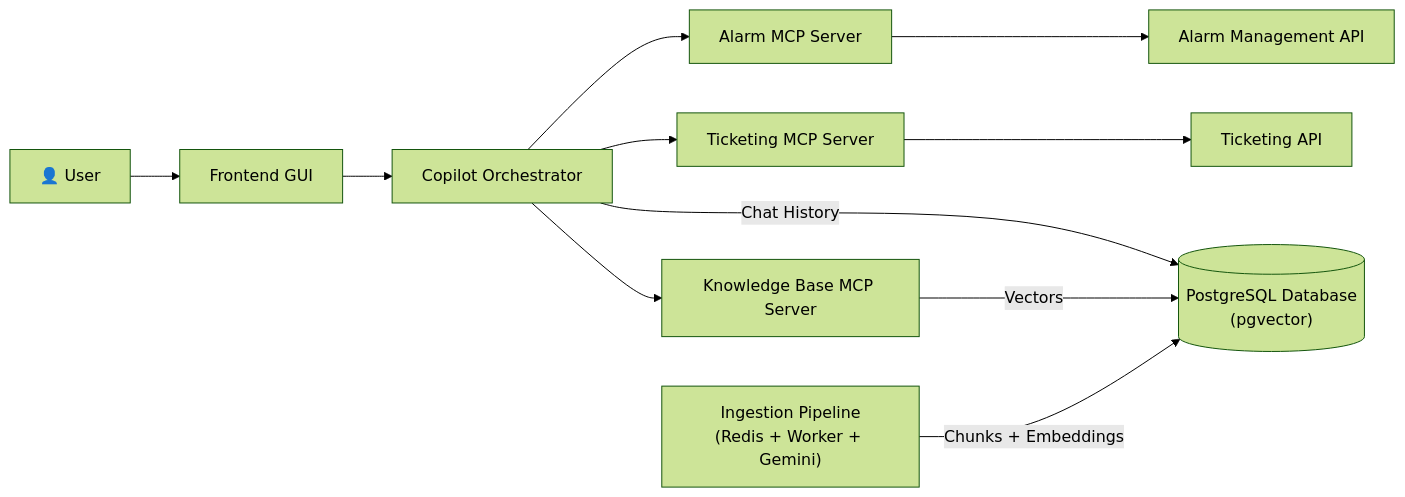
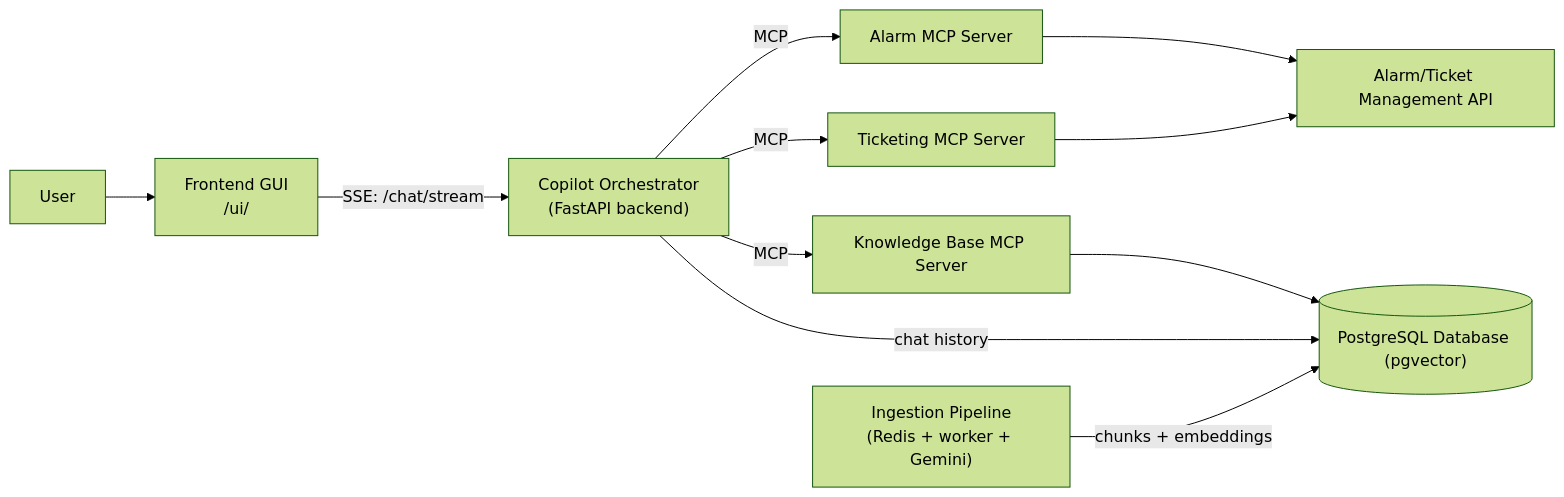
Before and after one commit to madhav-k-2001/incident-and-ticket-enrichment: the diagram in docs/architecture.md, drawn with Mermaid (forest theme). The commit also changed other lines of this file, not shown here.

Commit message:
feat: update architecture diagram and enhance component descriptions in documentation

````diff
--- a/docs/architecture.md
+++ b/docs/architecture.md
@@ -13,24 +13,13 @@
 ```mermaid
 flowchart LR
-    User["👤 User"]
-    Frontend["Frontend GUI"]
-    Copilot["Copilot Orchestrator"]
-    AlarmMCP["Alarm MCP Server"]
-    TicketMCP["Ticketing MCP Server"]
-    KBMCP["Knowledge Base MCP Server"]
-    AlarmAPI["Alarm Management API"]
-    PostgresDB[("PostgreSQL Database\n(pgvector)")]
-    TicketingAPI["Ticketing API"]
-    Ingestion["Ingestion Pipeline\n(Redis + Worker + Gemini)"]
-
-    User --> Frontend
-    Frontend --> Copilot
-    Copilot --> AlarmMCP
-    Copilot --> TicketMCP
-    Copilot --> KBMCP
-    Copilot -->|"Chat History"| PostgresDB
-    AlarmMCP --> AlarmAPI
-    TicketMCP --> TicketingAPI
-    KBMCP -->|"Vectors"| PostgresDB
-    Ingestion -->|"Chunks + Embeddings"| PostgresDB
+    User["User"] --> UI["Frontend GUI<br/>/ui/"]
+    UI -->|"SSE: /chat/stream"| Backend["Copilot Orchestrator<br/>(FastAPI backend)"]
+    Backend -->|"MCP"| AlarmMCP["Alarm MCP Server"]
+    Backend -->|"MCP"| TicketMCP["Ticketing MCP Server"]
+    Backend -->|"MCP"| KBMCP["Knowledge Base MCP Server"]
+    AlarmMCP --> Sim["Alarm/Ticket Management API"]
+    TicketMCP --> Sim
+    KBMCP --> PG[("PostgreSQL Database (pgvector)")]
+    Backend -->|"chat history"| PG
+    Ingest["Ingestion Pipeline<br/>(Redis + worker + Gemini)"] -->|"chunks + embeddings"| PG
 ```
````
